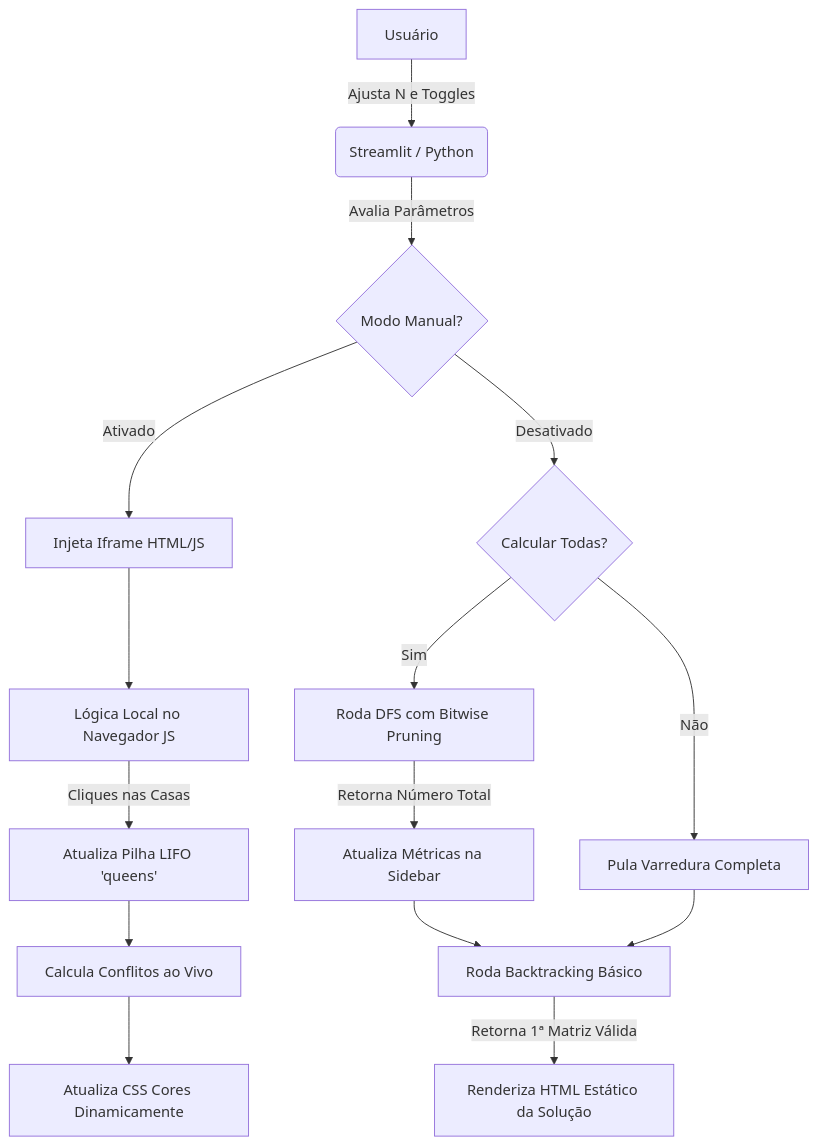
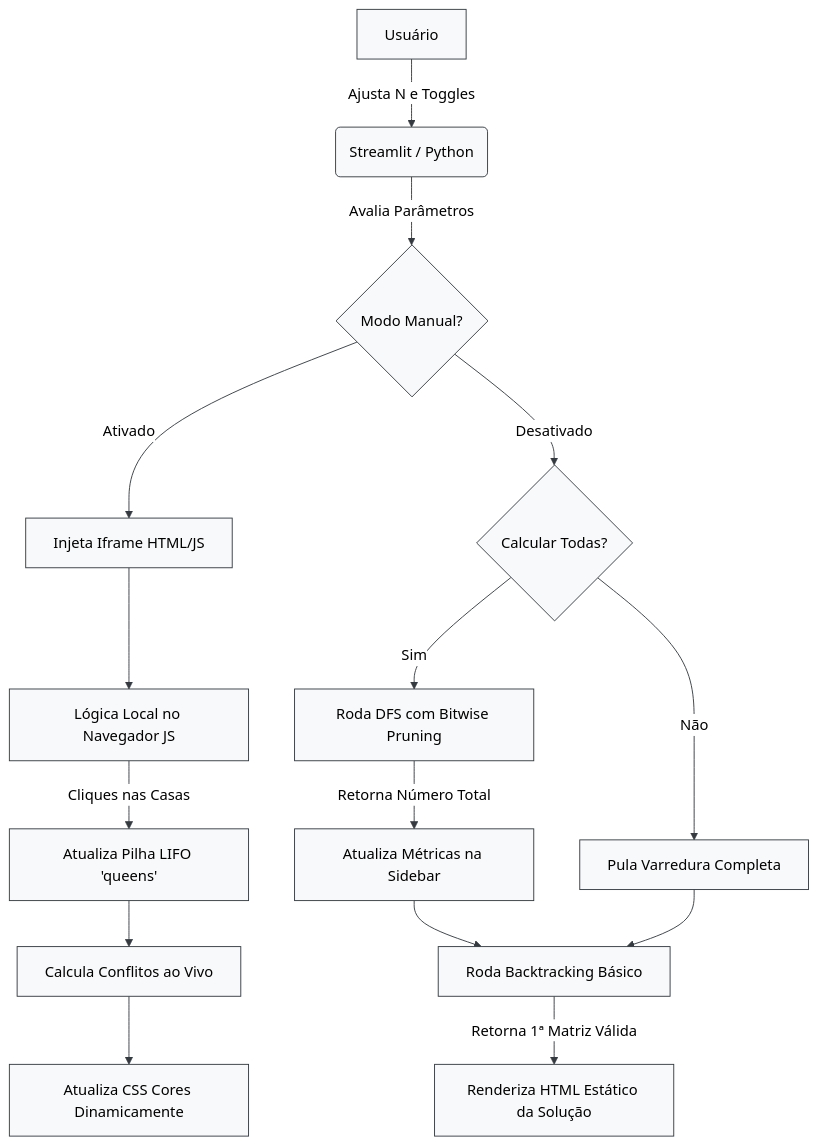
Before and after one commit to LuanVitorCD/IA_ProblemaNRainhas: the diagram in README.md, drawn with Mermaid.

Commit message:
docs: update README diagram theme

````diff
--- a/README.md
+++ b/README.md
@@ -65,20 +65,38 @@
 ```mermaid
+%%{init: {
+  'theme': 'base',
+  'themeVariables': {
+    'background': '#ffffff',
+    'primaryColor': '#f8f9fa',
+    'primaryTextColor': '#000000',
+    'primaryBorderColor': '#343a40',
+    'secondaryColor': '#ffffff',
+    'secondaryTextColor': '#000000',
+    'secondaryBorderColor': '#343a40',
+    'tertiaryColor': '#ffffff',
+    'tertiaryTextColor': '#000000',
+    'tertiaryBorderColor': '#343a40',
+    'lineColor': '#343a40',
+    'textColor': '#000000',
+    'edgeLabelBackground': '#ffffff'
+  }
+}}%%
 graph TD
     A[Usuário] -->|Ajusta N e Toggles| B(Streamlit / Python)
     B -->|Avalia Parâmetros| C{Modo Manual?}
     
     C -->|Ativado| E[Injeta Iframe HTML/JS]
     E --> G[Lógica Local no Navegador JS]
     G -->|Cliques nas Casas| H[Atualiza Pilha LIFO 'queens']
     H --> I[Calcula Conflitos ao Vivo]
     I --> J[Atualiza CSS Cores Dinamicamente]
 
     C -->|Desativado| D{Calcular Todas?}
     D -->|Sim| K[Roda DFS com Bitwise Pruning]
     K -->|Retorna Número Total| L[Atualiza Métricas na Sidebar]
     D -->|Não| M[Pula Varredura Completa]
     
     L --> N[Roda Backtracking Básico]
     M --> N
     N -->|Retorna 1ª Matriz Válida| F[Renderiza HTML Estático da Solução]
 ```
````
